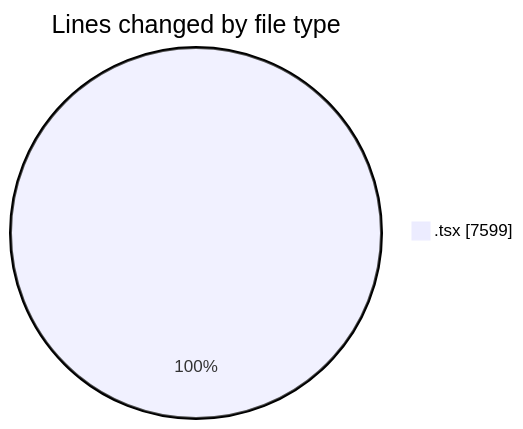
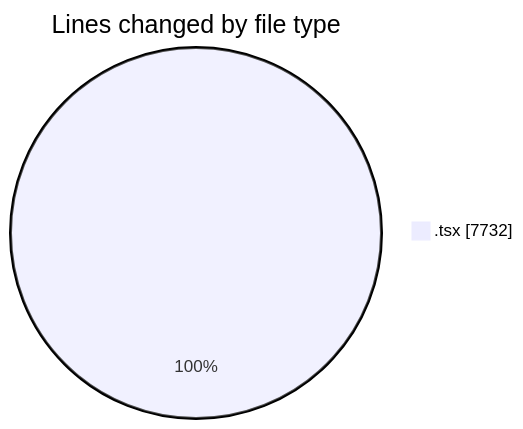
Before and after one commit to momahboobian/code-tracking: the first of 2 diagrams in 2025-12-04/cda/README.md, drawn with Mermaid. The commit also changed other lines of this file and 1 other file, not shown here.

````diff
--- a/2025-12-04/cda/README.md
+++ b/2025-12-04/cda/README.md
@@ -29,5 +29,5 @@
 ```mermaid
 pie showData
 title Lines changed by file type
-".tsx" : 7599
+".tsx" : 7732
 ```
````
